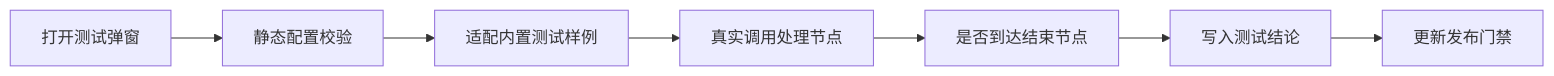
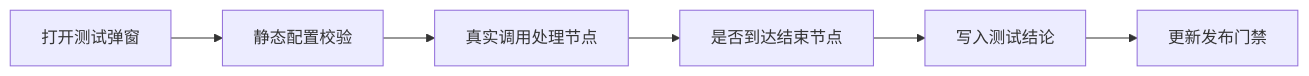
One commit to aruirage/IDP-workflow changed the fourth of 4 diagrams in prototypes/kisoku-nintei/PRD.zh-CN.md. Above: the diagram before and after it, drawn with Mermaid. The commit also changed other lines of this file and 6 other files, not shown here.

````diff
--- a/prototypes/kisoku-nintei/PRD.zh-CN.md
+++ b/prototypes/kisoku-nintei/PRD.zh-CN.md
@@ -538,9 +452,8 @@
 ```mermaid
 flowchart LR
   open["打开测试弹窗"] --> staticCheck["静态配置校验"]
-  staticCheck --> adaptInput["适配内置测试样例"]
-  adaptInput --> execute["真实调用处理节点"]
+  staticCheck --> execute["真实调用处理节点"]
   execute --> endReach["是否到达结束节点"]
   endReach --> result["写入测试结论"]
   result --> publishGate["更新发布门禁"]
 ```
````
